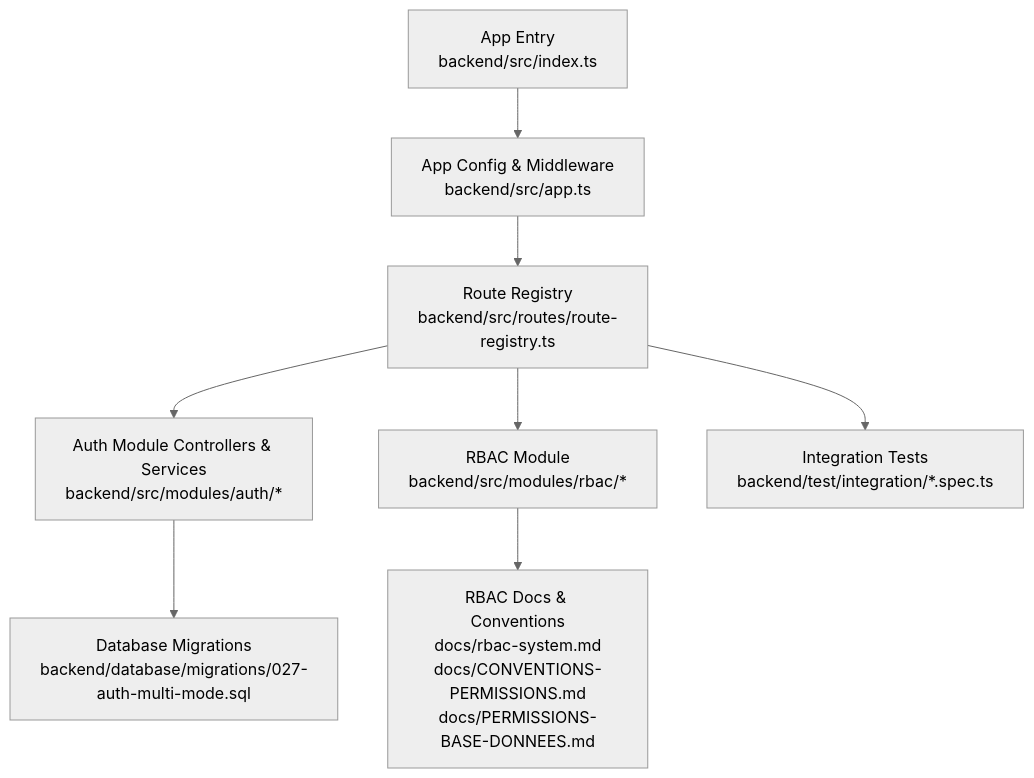
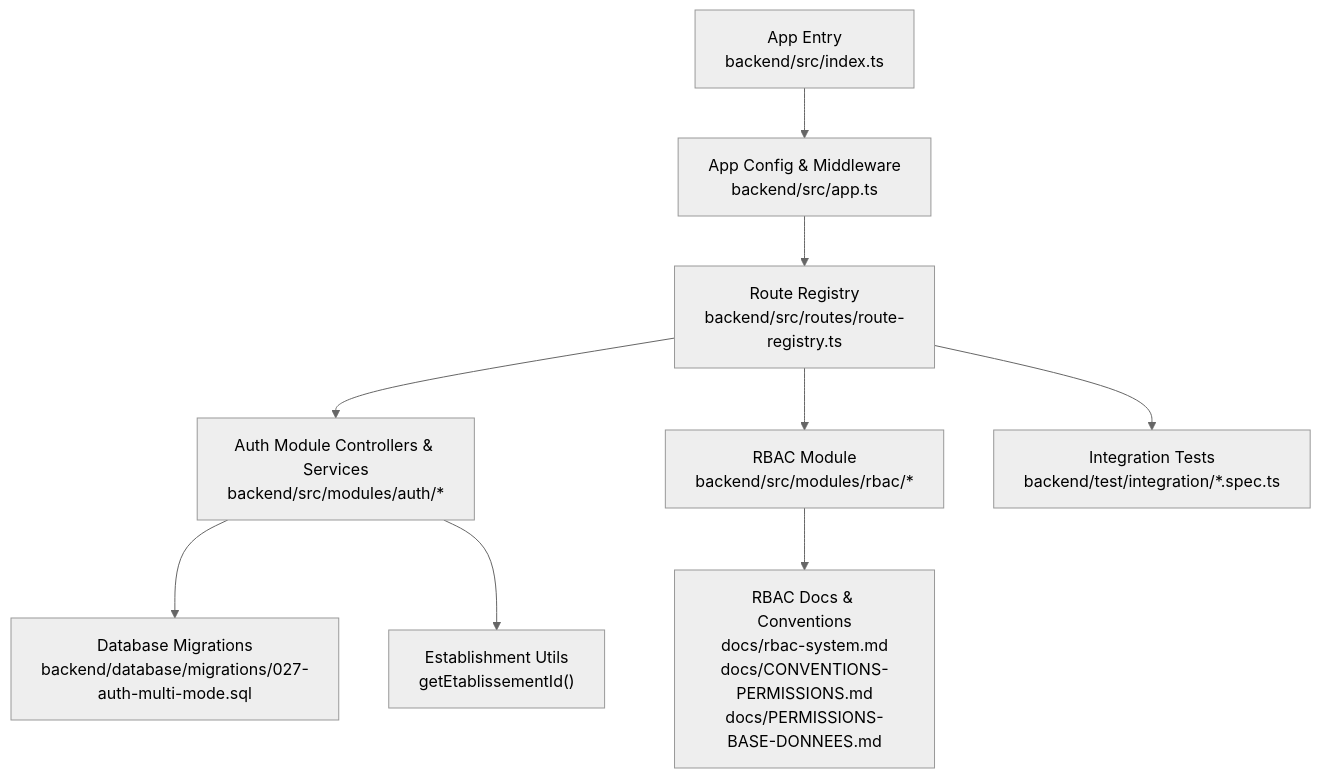
One commit to franckylab/eLISAschool changed the first of 3 diagrams in .qoder/repowiki/en/content/Core Systems/Authentication & Authorization/Authentication & Authorization.md. Above: the diagram before and after it, drawn with Mermaid (neutral theme). The commit also changed other lines of this file and 188 other files, not shown here.

````diff
--- a/.qoder/repowiki/en/content/Core Systems/Authentication & Authorization/Authentication & Authorization.md
+++ b/.qoder/repowiki/en/content/Core Systems/Authentication & Authorization/Authentication & Authorization.md
@@ -60,10 +62,11 @@
 ```mermaid
 graph TB
 A["App Entry<br/>backend/src/index.ts"] --> B["App Config & Middleware<br/>backend/src/app.ts"]
 B --> C["Route Registry<br/>backend/src/routes/route-registry.ts"]
 C --> D["Auth Module Controllers & Services<br/>backend/src/modules/auth/*"]
 C --> E["RBAC Module<br/>backend/src/modules/rbac/*"]
 D --> F["Database Migrations<br/>backend/database/migrations/027-auth-multi-mode.sql"]
 E --> G["RBAC Docs & Conventions<br/>docs/rbac-system.md<br/>docs/CONVENTIONS-PERMISSIONS.md<br/>docs/PERMISSIONS-BASE-DONNEES.md"]
 C --> H["Integration Tests<br/>backend/test/integration/*.spec.ts"]
+D --> I["Establishment Utils<br/>getEtablissementId()"]
 ```
````
